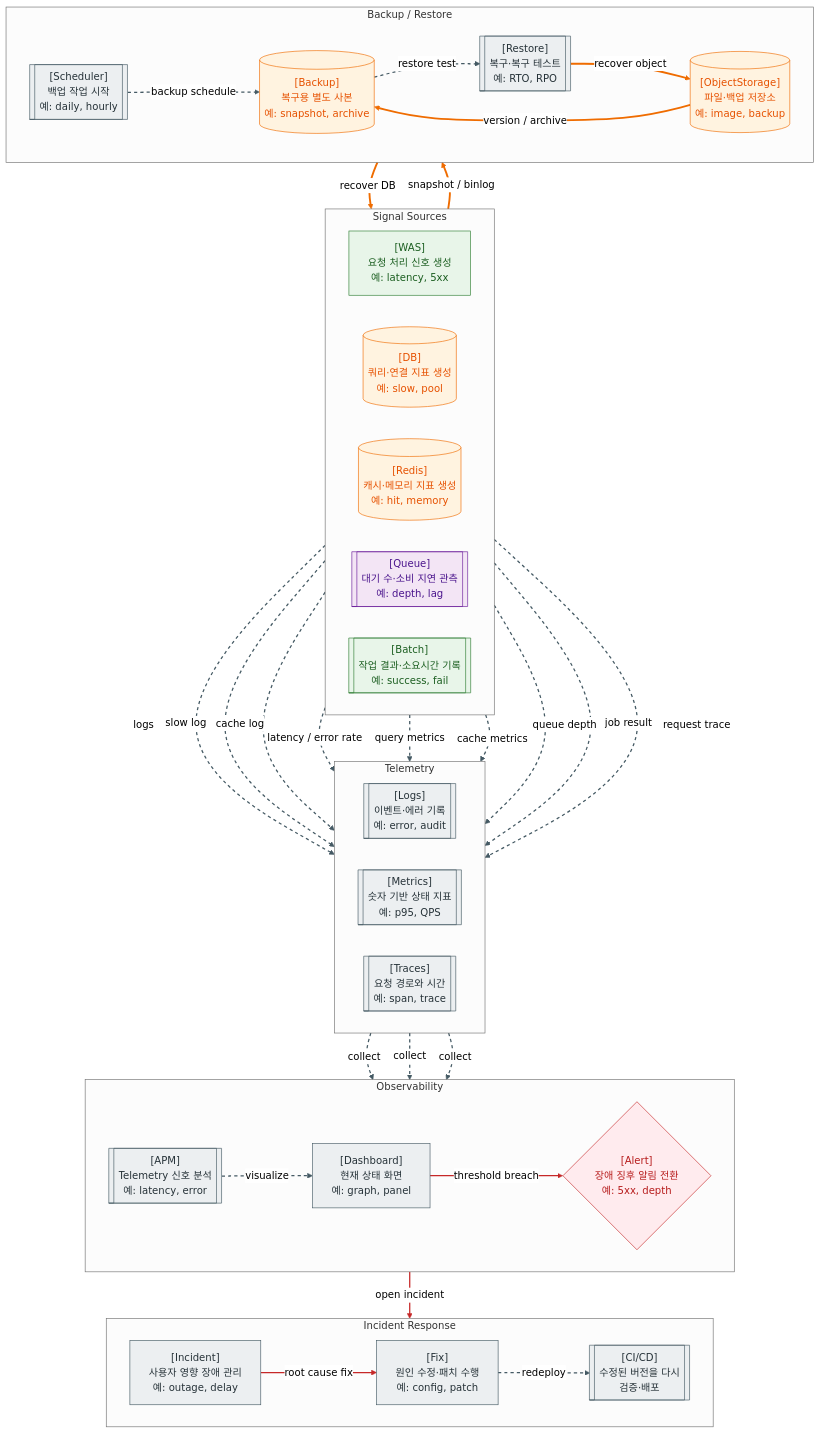
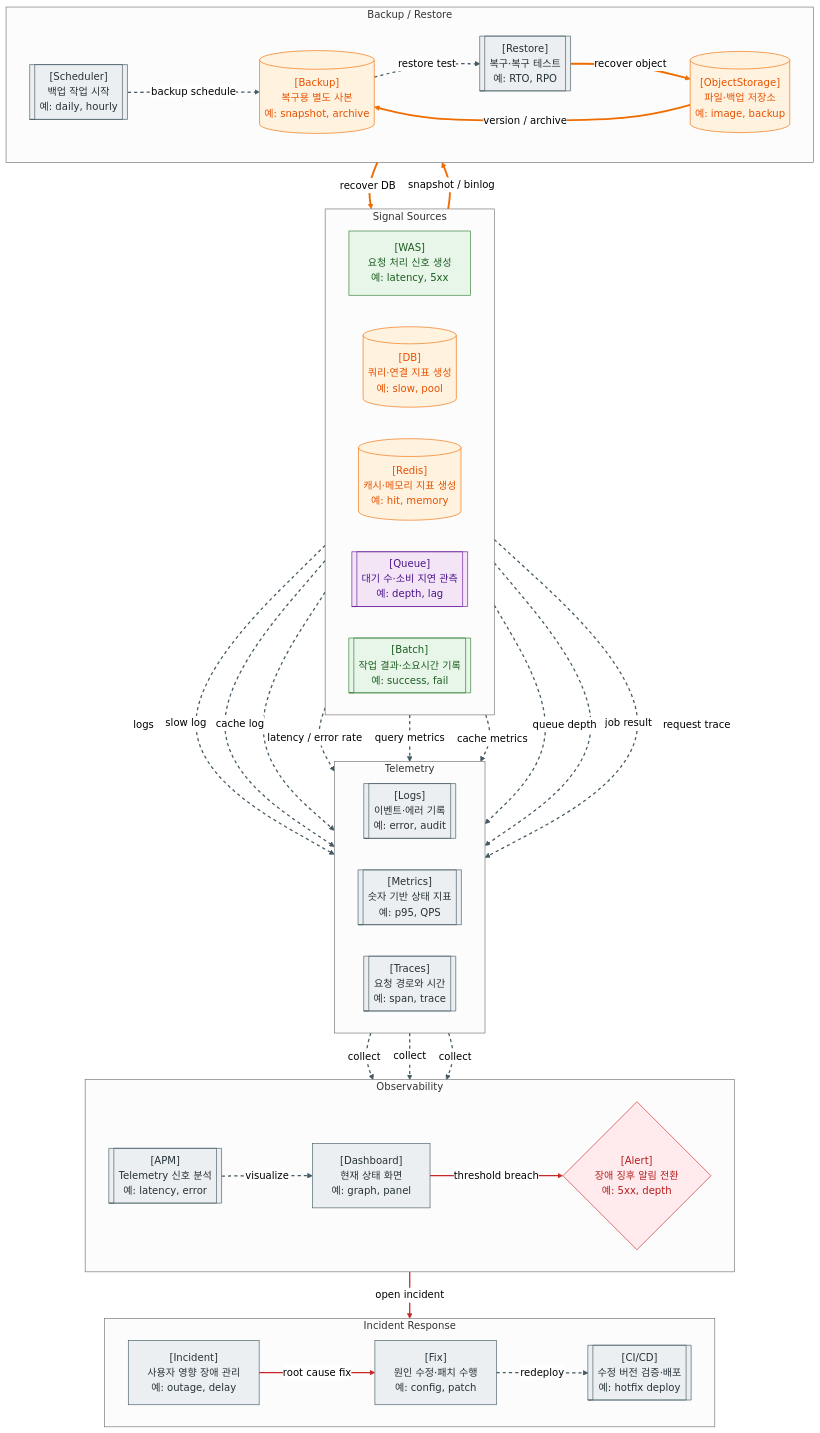
One commit to thisis-joe/thisis-joe.github.io changed the diagram in content/Web-지도/8. APM , Backup , 장애 대응 지도.md. Above: the diagram before and after it, drawn with Mermaid (neutral theme). The commit also changed other lines of this file and 595 other files, not shown here.

```diff
--- a/content/Web-지도/8. APM , Backup , 장애 대응 지도.md
+++ b/content/Web-지도/8. APM , Backup , 장애 대응 지도.md
@@ -41,7 +41,7 @@
 direction LR
 INCIDENT["[Incident]<br/>사용자 영향 장애 관리<br/>예: outage, delay"]
 FIX["[Fix]<br/>원인 수정·패치 수행<br/>예: config, patch"]
-CICD[["[CI/CD]<br/>수정된 버전을 다시<br/>검증·배포"]]
+CICD[["[CI/CD]<br/>수정 버전 검증·배포<br/>예: hotfix deploy"]]
 end
 
 subgraph BACKUP_RESTORE["Backup / Restore"]
```
